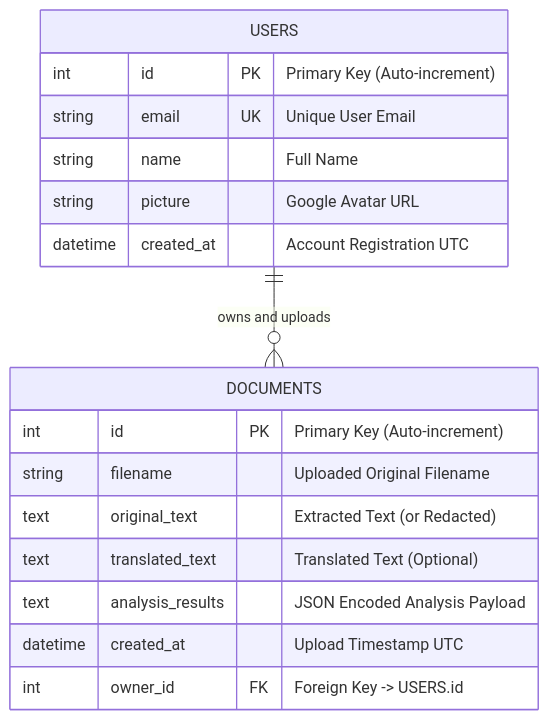
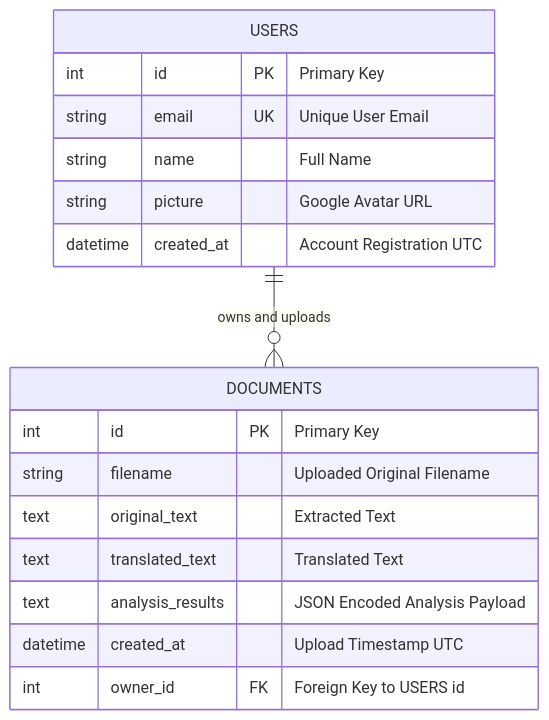
One commit to aryan0416/doculinguaai changed the fourth of 4 diagrams in README.md. Above: the diagram before and after it, drawn with Mermaid. The commit also changed other lines of this file, not shown here.

Commit message:
Fix Mermaid diagram syntax for GitHub renderer

````diff
--- a/README.md
+++ b/README.md
@@ -349,22 +354,22 @@
 ```mermaid
 erDiagram
     USERS ||--o{ DOCUMENTS : "owns and uploads"
     
     USERS {
-        int id PK "Primary Key (Auto-increment)"
+        int id PK "Primary Key"
         string email UK "Unique User Email"
         string name "Full Name"
         string picture "Google Avatar URL"
         datetime created_at "Account Registration UTC"
     }
 
     DOCUMENTS {
-        int id PK "Primary Key (Auto-increment)"
+        int id PK "Primary Key"
         string filename "Uploaded Original Filename"
-        text original_text "Extracted Text (or Redacted)"
-        text translated_text "Translated Text (Optional)"
+        text original_text "Extracted Text"
+        text translated_text "Translated Text"
         text analysis_results "JSON Encoded Analysis Payload"
         datetime created_at "Upload Timestamp UTC"
-        int owner_id FK "Foreign Key -> USERS.id"
+        int owner_id FK "Foreign Key to USERS id"
     }
 ```
````
